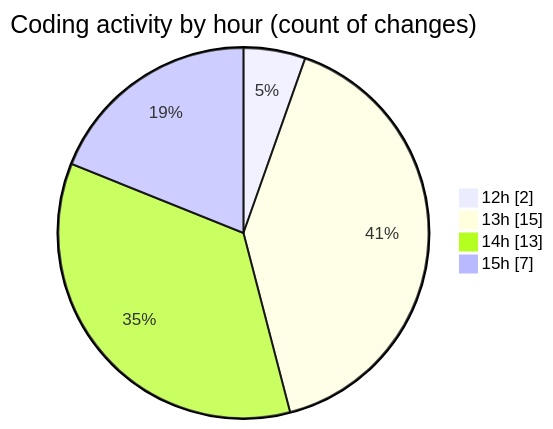
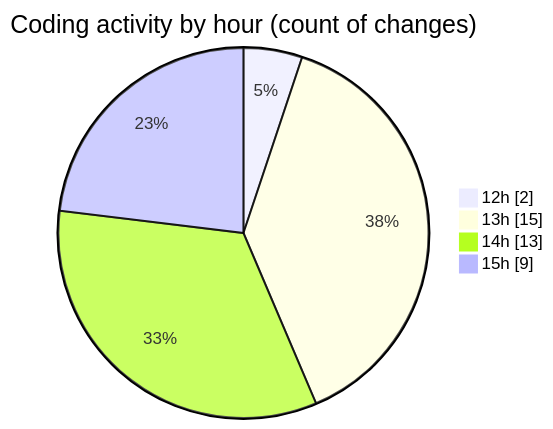
One commit to idhammustaqopulfikri/code-tracking changed the second of 2 diagrams in 2025-11-13/futsal-recommender/README.md. Above: the diagram before and after it, drawn with Mermaid. The commit also changed other lines of this file and 1 other file, not shown here.

````diff
--- a/2025-11-13/futsal-recommender/README.md
+++ b/2025-11-13/futsal-recommender/README.md
@@ -39,8 +40,8 @@
 ```mermaid
 pie showData
 title Coding activity by hour (count of changes)
 "12h" : 2
 "13h" : 15
 "14h" : 13
-"15h" : 7
+"15h" : 9
 ```
````
